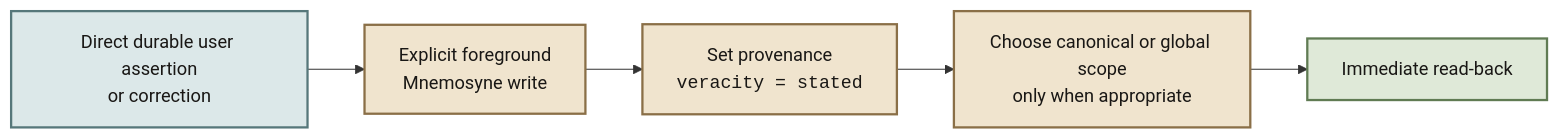
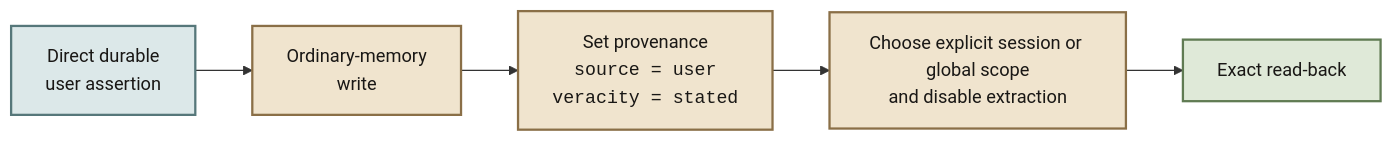
Before and after one commit to adithyan-ak/adithyan-ak.github.io: the diagram in content/diagrams/hermes-mnemosyne/durable-assertion.mmd, drawn with Mermaid. The commit also changed 2 other files, not shown here.

Commit message:
Update Mnemosyne mutation policy field note

```diff
--- a/content/diagrams/hermes-mnemosyne/durable-assertion.mmd
+++ b/content/diagrams/hermes-mnemosyne/durable-assertion.mmd
@@ -1,15 +1,15 @@
 flowchart LR
-    A["Direct durable user assertion<br/>or correction"]
-    B["Explicit foreground<br/>Mnemosyne write"]
-    C["Set provenance<br/><code>veracity = stated</code>"]
-    D["Choose canonical or global scope<br/>only when appropriate"]
-    E["Immediate read-back"]
+    A["Direct durable<br/>user assertion"]
+    B["Ordinary-memory<br/>write"]
+    C["Set provenance<br/><code>source = user</code><br/><code>veracity = stated</code>"]
+    D["Choose explicit session or global scope<br/>and disable extraction"]
+    E["Exact read-back"]
 
     A --> B --> C --> D --> E
 
     classDef input fill:#dce8e9,stroke:#56777a,stroke-width:2px,color:#191715;
     classDef process fill:#f0e4ce,stroke:#8a6f47,stroke-width:2px,color:#191715;
     classDef verify fill:#dfe9d8,stroke:#607b53,stroke-width:2px,color:#191715;
     class A input;
     class B,C,D process;
     class E verify;
```
